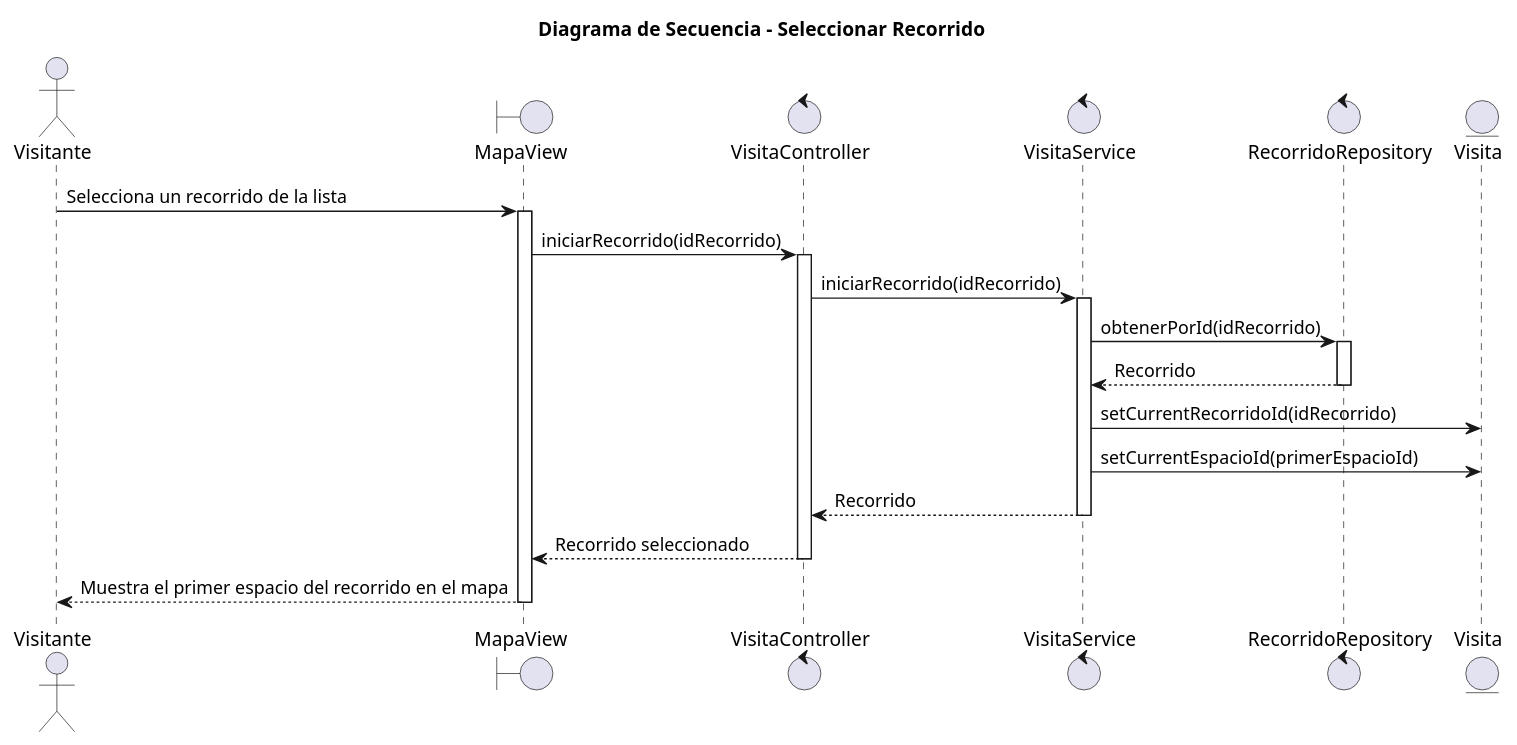
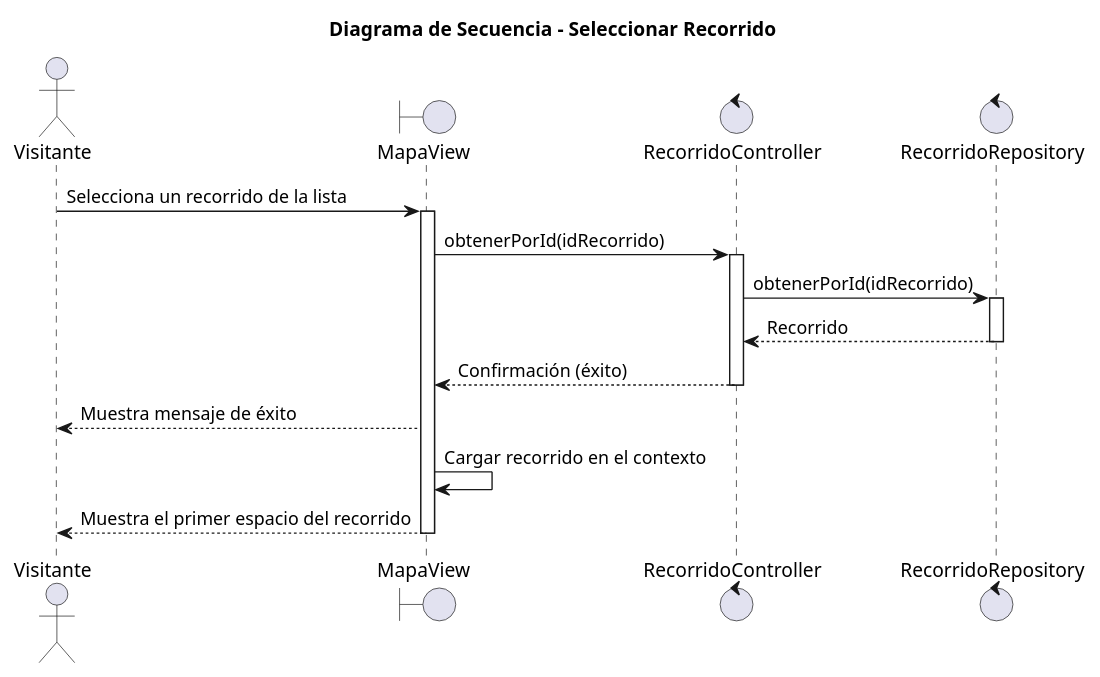
One commit to mmasias/25-26-idsw2-sdVC changed the diagram in modelosUML/02-diseño/01-Visitante/seleccionarRecorrido/secuencia.puml. Above: the diagram before and after it, drawn with PlantUML. The commit also changed 16 other files, not shown here.

```diff
--- a/modelosUML/02-diseño/01-Visitante/seleccionarRecorrido/secuencia.puml
+++ b/modelosUML/02-diseño/01-Visitante/seleccionarRecorrido/secuencia.puml
@@ -1,30 +1,24 @@
 @startuml
 title "Diagrama de Secuencia - Seleccionar Recorrido"
 
 actor "Visitante" as visitor
 boundary "MapaView" as view
-control "VisitaController" as controller
-control "VisitaService" as service
+control "RecorridoController" as controller
 control "RecorridoRepository" as repository
-entity "Visita" as visit
 
 visitor -> view: Selecciona un recorrido de la lista
 activate view
-view -> controller: iniciarRecorrido(idRecorrido)
+view -> controller: obtenerPorId(idRecorrido)
 activate controller
-controller -> service: iniciarRecorrido(idRecorrido)
-activate service
-service -> repository: obtenerPorId(idRecorrido)
+controller -> repository: obtenerPorId(idRecorrido)
 activate repository
-repository --> service: Recorrido
+repository --> controller: Recorrido
 deactivate repository
-service -> visit: setCurrentRecorridoId(idRecorrido)
-service -> visit: setCurrentEspacioId(primerEspacioId)
-service --> controller: Recorrido
-deactivate service
-controller --> view: Recorrido seleccionado
+controller --> view: Confirmación (éxito)
 deactivate controller
-view --> visitor: Muestra el primer espacio del recorrido en el mapa
+view --> visitor: Muestra mensaje de éxito
+view -> view: Cargar recorrido en el contexto
+view --> visitor: Muestra el primer espacio del recorrido
 deactivate view
 
 @enduml
```
